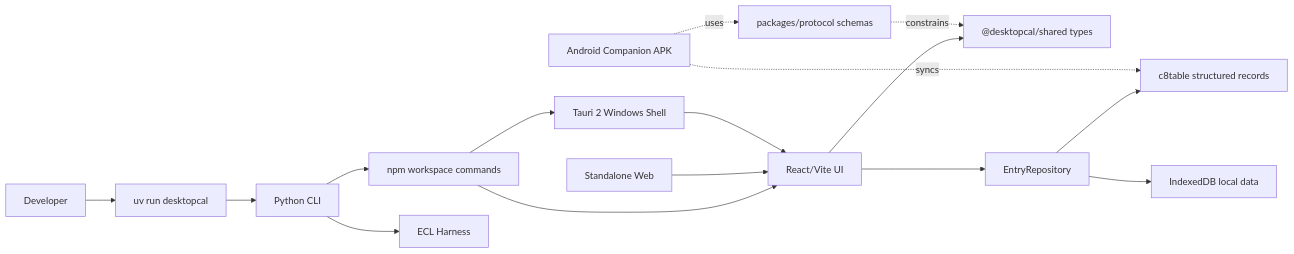
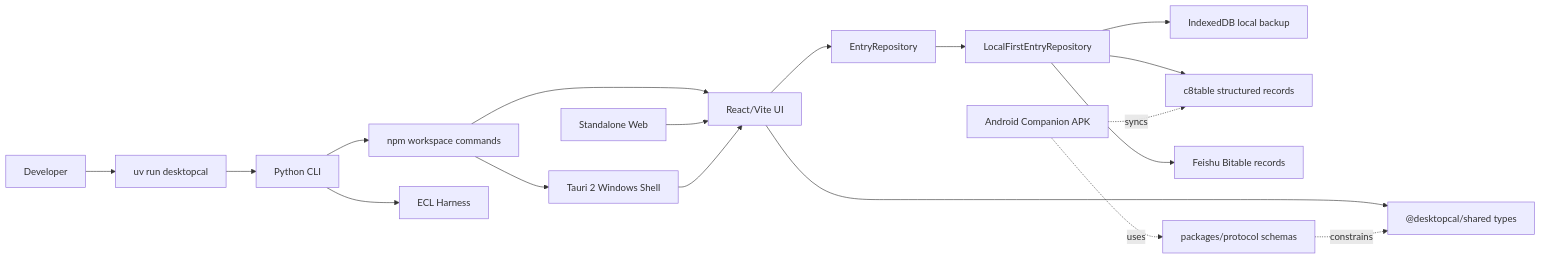
Before and after one commit to HANSEN749/desktopcal-c8table: the first of 2 diagrams in docs/ARCHITECTURE.md, drawn with Mermaid. The commit also changed other lines of this file and 13 other files, not shown here.

Commit message:
Add local-first backend provider selection

````diff
--- a/docs/ARCHITECTURE.md
+++ b/docs/ARCHITECTURE.md
@@ -13,18 +13,20 @@
 ```mermaid
 flowchart LR
   User["Developer"] --> UV["uv run desktopcal"]
   UV --> PyCLI["Python CLI"]
   PyCLI --> NPM["npm workspace commands"]
   NPM --> Web["React/Vite UI"]
   NPM --> Tauri["Tauri 2 Windows Shell"]
   Browser["Standalone Web"] --> Web
   Web --> Shared["@desktopcal/shared types"]
   Web --> Repo["EntryRepository"]
-  Repo --> Teable["c8table structured records"]
-  Repo --> IndexedDB["IndexedDB local data"]
+  Repo --> LocalFirst["LocalFirstEntryRepository"]
+  LocalFirst --> IndexedDB["IndexedDB local backup"]
+  LocalFirst --> Teable["c8table structured records"]
+  LocalFirst --> Feishu["Feishu Bitable records"]
   Tauri --> Web
   PyCLI --> Harness["ECL Harness"]
   Android["Android Companion APK"] -. syncs .-> Teable
   Android -. uses .-> Protocol["packages/protocol schemas"]
   Protocol -. constrains .-> Shared
 ```
````
